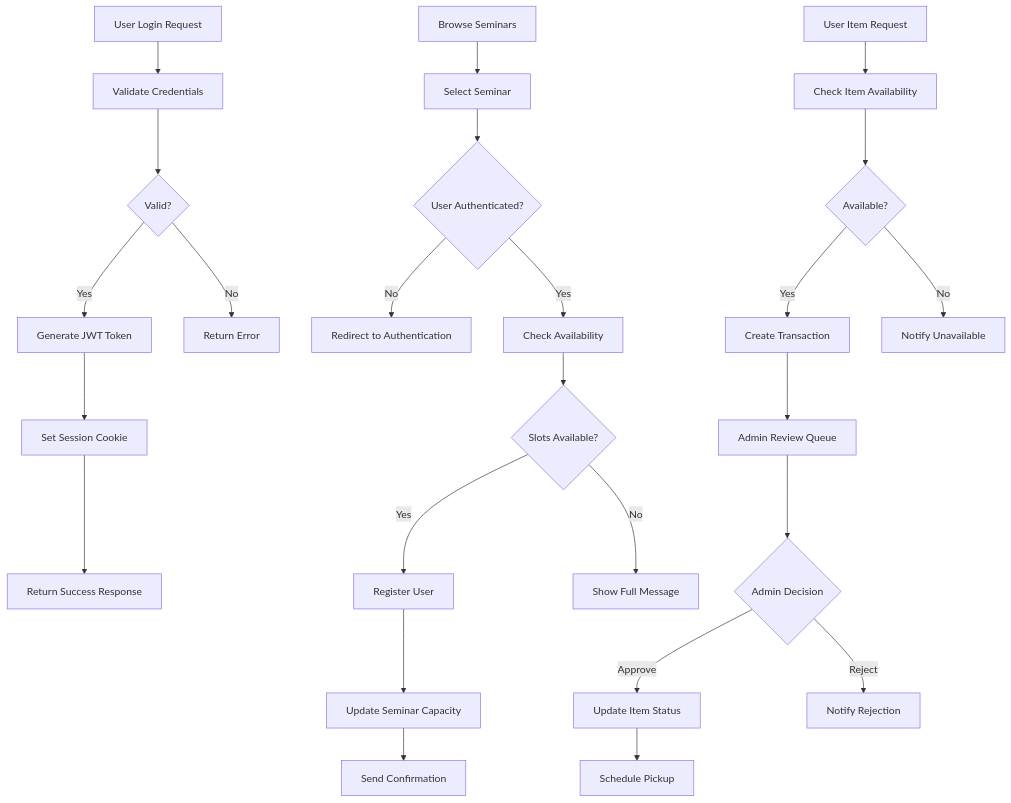
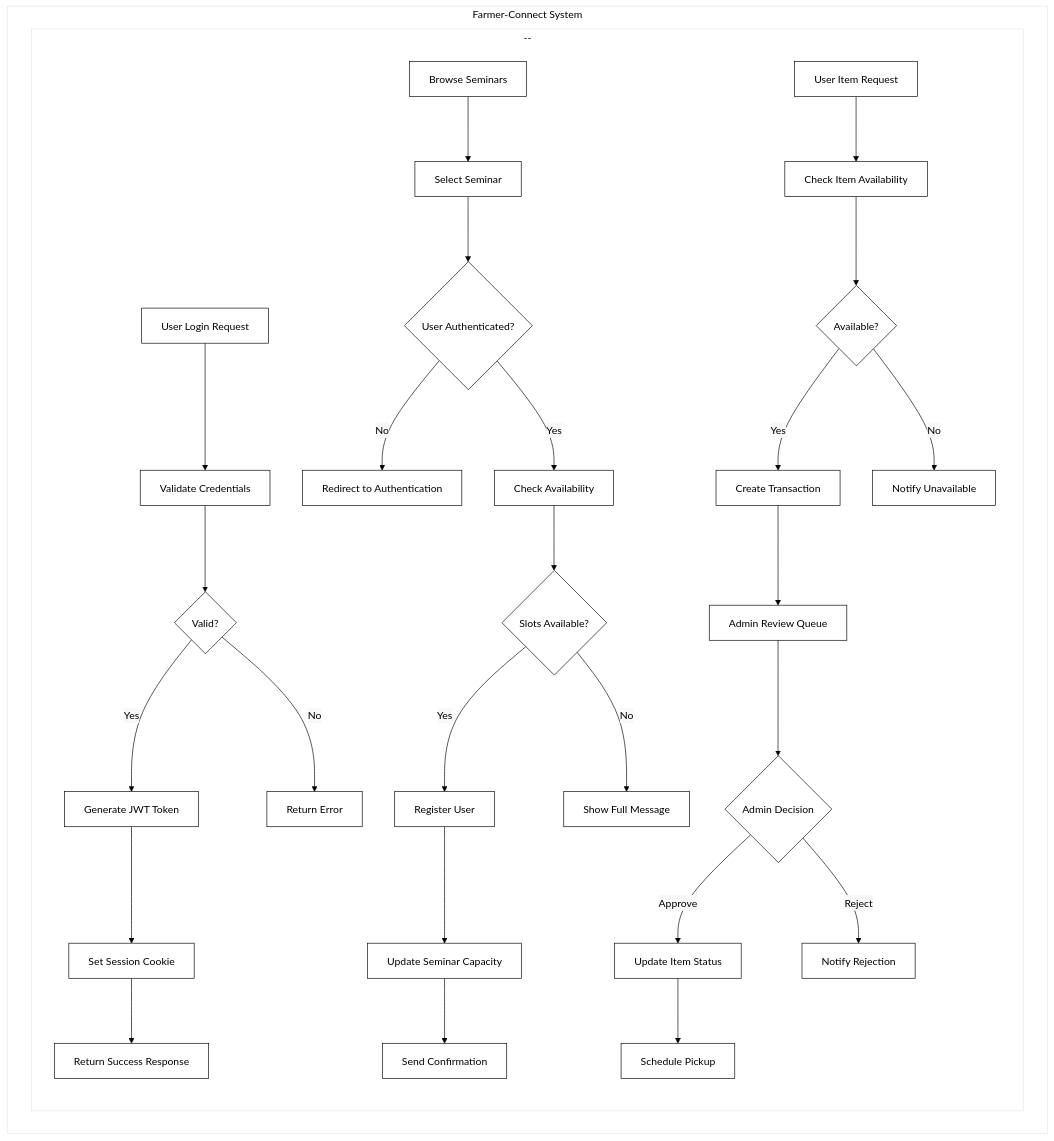
The diagram in Documentation/MERMAID/DFD/level-1-dfd.mmd (Sean-Brix/Farmer-Connect), drawn with Mermaid before and after one commit. The commit also changed 77 other files, not shown here.

```diff
--- a/Documentation/MERMAID/DFD/level-1-dfd.mmd
+++ b/Documentation/MERMAID/DFD/level-1-dfd.mmd
@@ -1,29 +1,49 @@
+%%{init: {
+  'theme': 'base',
+  'themeVariables': {
+    'primaryColor': '#ffffff',
+    'primaryTextColor': '#000000',
+    'primaryBorderColor': '#000000',
+    'lineColor': '#000000',
+    'secondaryColor': '#f8f8f8',
+    'tertiaryColor': '#ffffff',
+    'background': '#ffffff',
+    'mainBkg': '#ffffff',
+    'secondBkg': '#f8f8f8',
+    'tertiaryTextColor': '#000000'
+  }
+}}%%
 flowchart TB
 
+    subgraph "Farmer-Connect System"
 
-    A[User Login Request] --> B[Validate Credentials]
-    B --> C{Valid?}
-    C -->|Yes| D[Generate JWT Token]
-    C -->|No| E[Return Error]
-    D --> F[Set Session Cookie]
-    F --> G[Return Success Response]
+        subgraph "--"
+        A[User Login Request] --> B[Validate Credentials]
+        B --> C{Valid?}
+        C -->|Yes| D[Generate JWT Token]
+        C -->|No| E[Return Error]
+        D --> F[Set Session Cookie]
+        F --> G[Return Success Response]
 
-    H[Browse Seminars] --> I[Select Seminar]
-    I --> J{User Authenticated?}
-    J -->|No| K[Redirect to Authentication]
-    J -->|Yes| L[Check Availability]
-    L --> M{Slots Available?}
-    M -->|Yes| N[Register User]
-    M -->|No| O[Show Full Message]
-    N --> P[Update Seminar Capacity]
-    P --> Q[Send Confirmation]
+        H[Browse Seminars] --> I[Select Seminar]
+        I --> J{User Authenticated?}
+        J -->|No| K[Redirect to Authentication]
+        J -->|Yes| L[Check Availability]
+        L --> M{Slots Available?}
+        M -->|Yes| N[Register User]
+        M -->|No| O[Show Full Message]
+        N --> P[Update Seminar Capacity]
+        P --> Q[Send Confirmation]
 
-    R[User Item Request] --> S[Check Item Availability]
-    S --> T{Available?}
-    T -->|Yes| U[Create Transaction]
-    T -->|No| V[Notify Unavailable]
-    U --> W[Admin Review Queue]
-    W --> X{Admin Decision}
-    X -->|Approve| Y[Update Item Status]
-    X -->|Reject| Z[Notify Rejection]
-    Y --> AA[Schedule Pickup]
+        R[User Item Request] --> S[Check Item Availability]
+        S --> T{Available?}
+        T -->|Yes| U[Create Transaction]
+        T -->|No| V[Notify Unavailable]
+        U --> W[Admin Review Queue]
+        W --> X{Admin Decision}
+        X -->|Approve| Y[Update Item Status]
+        X -->|Reject| Z[Notify Rejection]
+        Y --> AA[Schedule Pickup]
+
+        end
+    end
```
